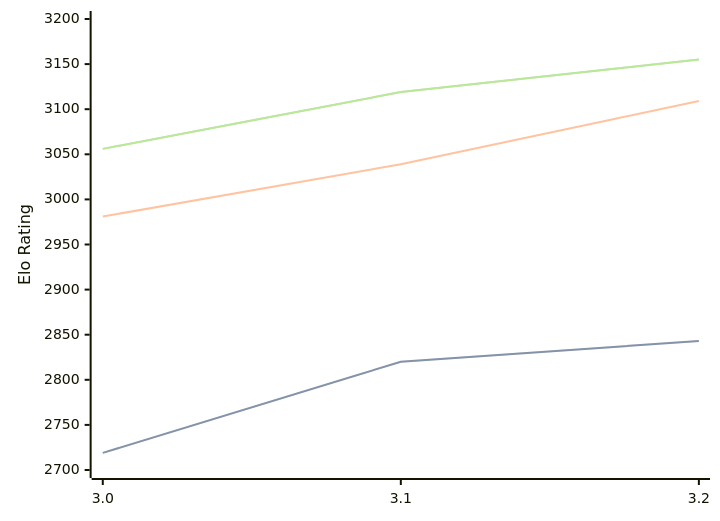
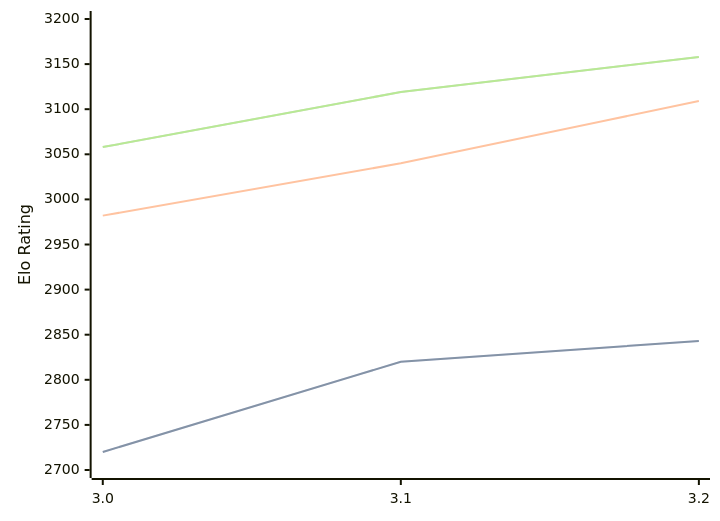
One commit to computer-chess-index/cci changed the first of 3 diagrams in engines/Vajolet2.md. Above: the diagram before and after it, drawn with Mermaid. The commit also changed other lines of this file, not shown here.

Commit message:
Update CCI Ratings (ELO VLTC) - 2026-07-08

````diff
--- a/engines/Vajolet2.md
+++ b/engines/Vajolet2.md
@@ -41,11 +41,11 @@
 ```mermaid
 %%{init: {"theme":"base","themeVariables":{"seriesColors:['#a3a3a3','#222221','#faa371']}}}%%
 xychart-beta
   x-axis ["3.0", "3.1", "3.2"]
   y-axis "Elo Rating" 2700 --> 3200
-  line "STC (8.0+0.08s)" [2719, 2820, 2843]
-  line "STC (8.0+0.08s)" [2719, 2820, 2843]
-  line "LTC (60.0+0.60s)" [2981, 3039, 3109]
-  line "VLTC (2m24s+1.12s)" [3056, 3119, 3155]
-  line "VLTC (2m24s+1.12s)" [3056, 3119, 3155]
+  line "STC (8.0+0.08s)" [2720, 2820, 2843]
+  line "STC (8.0+0.08s)" [2720, 2820, 2843]
+  line "LTC (60.0+0.60s)" [2982, 3040, 3109]
+  line "VLTC (2m24s+1.12s)" [3058, 3119, 3158]
+  line "VLTC (2m24s+1.12s)" [3058, 3119, 3158]
 ```
````
